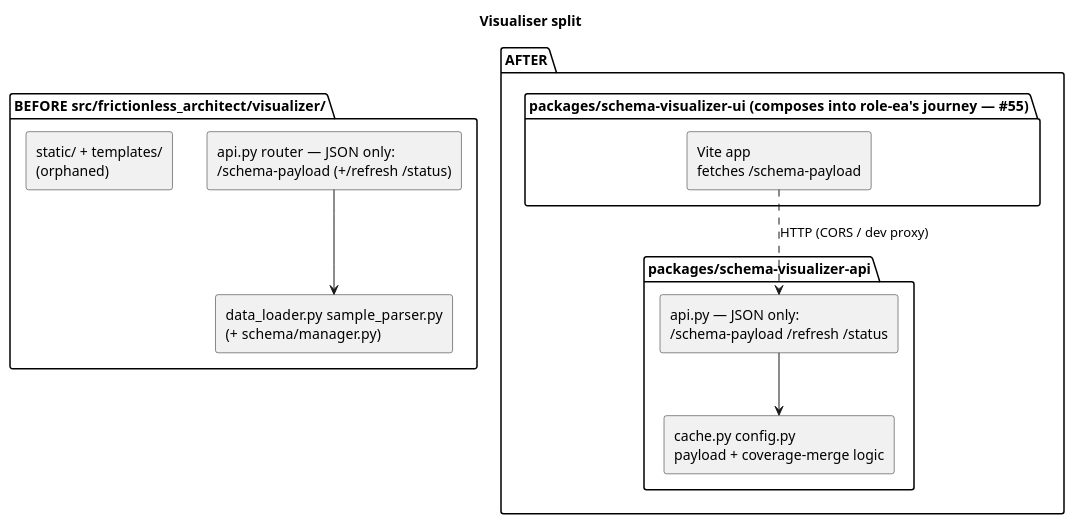
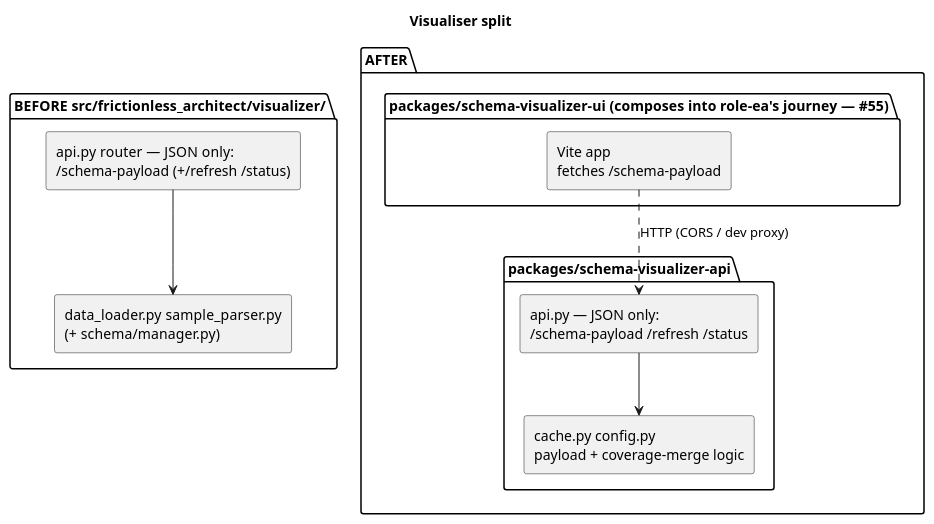
The second of 2 diagrams in ARCHITECTURE.md (wolffy-au/frictionless-architect), drawn with PlantUML before and after one commit. The commit also changed other lines of this file and 6 other files, not shown here.

````diff
--- a/ARCHITECTURE.md
+++ b/ARCHITECTURE.md
@@ -330,25 +331,24 @@
 ```plantuml
 @startuml
 title Visualiser split
 skinparam componentStyle rectangle
 
 package "BEFORE  src/frictionless_architect/visualizer/" {
   [api.py  router — JSON only:\n/schema-payload (+/refresh /status)] as before_api
   [data_loader.py sample_parser.py\n(+ schema/manager.py)] as before_kg
-  [static/ + templates/\n(orphaned)] as before_ui
   before_api --> before_kg
 }
 
 package "AFTER" {
   package "packages/schema-visualizer-api" {
     [api.py — JSON only:\n/schema-payload /refresh /status] as after_api
     [cache.py config.py\npayload + coverage-merge logic] as after_lib
     after_api --> after_lib
   }
   package "packages/schema-visualizer-ui  (composes into role-ea's journey — #55)" {
     [Vite app\nfetches /schema-payload] as after_ui
   }
   after_ui ..> after_api : HTTP (CORS / dev proxy)
 }
 @enduml
 ```
````
